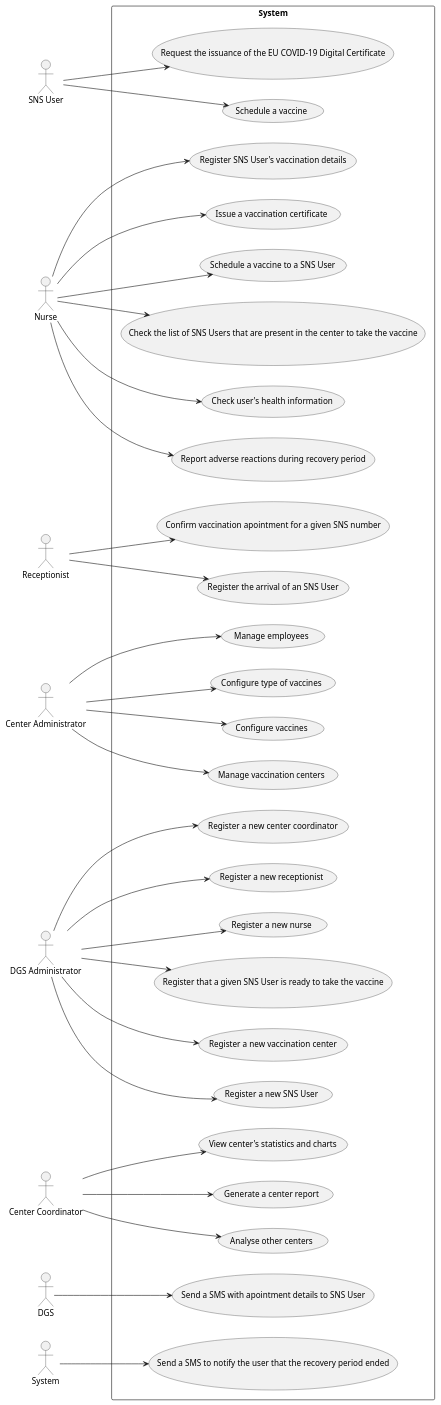
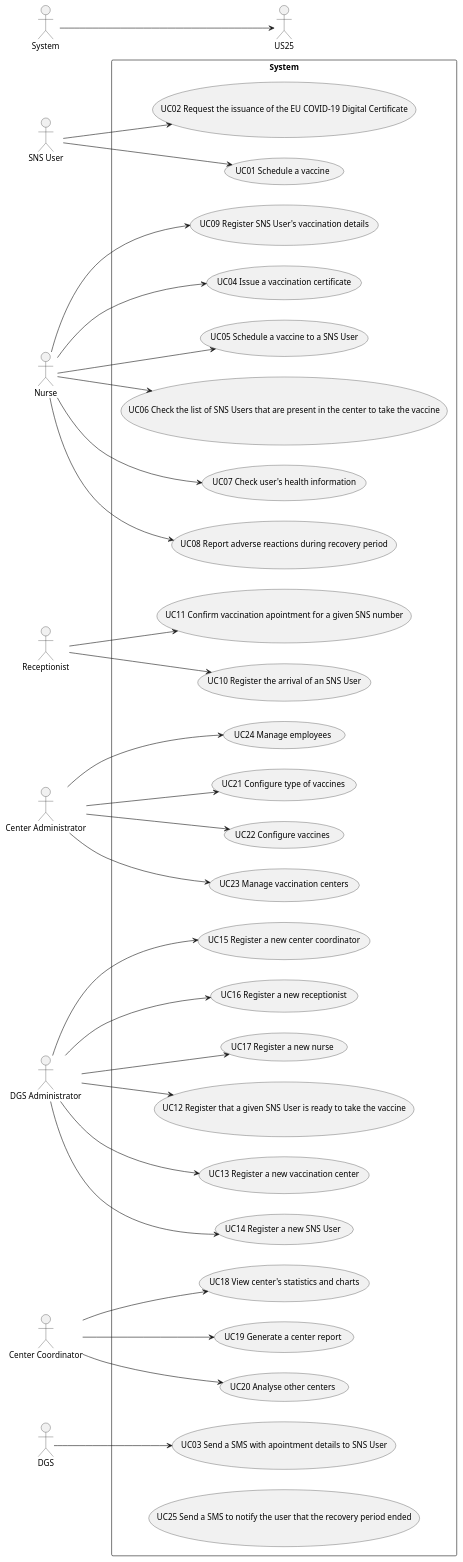
One commit to miseEnPlace-i/lapr2 changed the diagram in docs/SprintA/UCD.puml. Above: the diagram before and after it, drawn with PlantUML.

Commit message:
docs(ucd): added numeration

```diff
--- a/docs/SprintA/UCD.puml
+++ b/docs/SprintA/UCD.puml
@@ -1,68 +1,68 @@
 @startuml UCD
 
 left to right direction
 
 actor "SNS User" as user
 actor "Nurse" as nurse
 actor "Receptionist" as recept
 actor "Center Administrator" as cadmin
 actor "DGS Administrator" as dgsadmin
 actor "Center Coordinator" as coordinator
 actor "DGS" as dgs
 actor "System" as system
 
 rectangle System {
-  usecase "Schedule a vaccine" as UC01
-  usecase "Request the issuance of the EU COVID-19 Digital Certificate" as UC02
-  usecase "Send a SMS with apointment details to SNS User" as UC03
-  usecase "Issue a vaccination certificate" as UC04
-  usecase "Schedule a vaccine to a SNS User" as UC05
-  usecase "Check the list of SNS Users that are present in the center to take the vaccine" as UC06
-  usecase "Check user's health information" as UC07
-  usecase "Report adverse reactions during recovery period" as UC08
-  usecase "Register SNS User's vaccination details" as UC09
-  usecase "Register the arrival of an SNS User" as UC10
-  usecase "Confirm vaccination apointment for a given SNS number" as UC11
-  usecase "Register that a given SNS User is ready to take the vaccine" as UC12
-  usecase "Register a new vaccination center" as UC13
-  usecase "Register a new SNS User" as UC14
-  usecase "Register a new center coordinator" as UC15
-  usecase "Register a new receptionist" as UC16
-  usecase "Register a new nurse" as UC17
-  usecase "View center's statistics and charts" as UC18
-  usecase "Generate a center report" as UC19
-  usecase "Analyse other centers" as UC20
-  usecase "Configure type of vaccines" as UC21
-  usecase "Configure vaccines" as UC22
-  usecase "Manage vaccination centers" as UC23
-  usecase "Manage employees" as UC24
-  usecase "Send a SMS to notify the user that the recovery period ended" as US25
+  usecase "UC01 Schedule a vaccine" as UC01
+  usecase "UC02 Request the issuance of the EU COVID-19 Digital Certificate" as UC02
+  usecase "UC03 Send a SMS with apointment details to SNS User" as UC03
+  usecase "UC04 Issue a vaccination certificate" as UC04
+  usecase "UC05 Schedule a vaccine to a SNS User" as UC05
+  usecase "UC06 Check the list of SNS Users that are present in the center to take the vaccine" as UC06
+  usecase "UC07 Check user's health information" as UC07
+  usecase "UC08 Report adverse reactions during recovery period" as UC08
+  usecase "UC09 Register SNS User's vaccination details" as UC09
+  usecase "UC10 Register the arrival of an SNS User" as UC10
+  usecase "UC11 Confirm vaccination apointment for a given SNS number" as UC11
+  usecase "UC12 Register that a given SNS User is ready to take the vaccine" as UC12
+  usecase "UC13 Register a new vaccination center" as UC13
+  usecase "UC14 Register a new SNS User" as UC14
+  usecase "UC15 Register a new center coordinator" as UC15
+  usecase "UC16 Register a new receptionist" as UC16
+  usecase "UC17 Register a new nurse" as UC17
+  usecase "UC18 View center's statistics and charts" as UC18
+  usecase "UC19 Generate a center report" as UC19
+  usecase "UC20 Analyse other centers" as UC20
+  usecase "UC21 Configure type of vaccines" as UC21
+  usecase "UC22 Configure vaccines" as UC22
+  usecase "UC23 Manage vaccination centers" as UC23
+  usecase "UC24 Manage employees" as UC24
+  usecase "UC25 Send a SMS to notify the user that the recovery period ended" as UC25
 }
 
 user --> UC01
 user --> UC02
 dgs --> UC03
 nurse --> UC04
 nurse --> UC05
 nurse --> UC06
 nurse --> UC07
 nurse --> UC08
 nurse --> UC09
 recept --> UC10
 recept --> UC11
 dgsadmin --> UC12
 dgsadmin --> UC13
 dgsadmin --> UC14
 dgsadmin --> UC15
 dgsadmin --> UC16
 dgsadmin --> UC17
 coordinator --> UC18
 coordinator --> UC19
 coordinator --> UC20
 cadmin --> UC21
 cadmin --> UC22
 cadmin --> UC23
 cadmin --> UC24
 system --> US25
 
 @enduml
```
